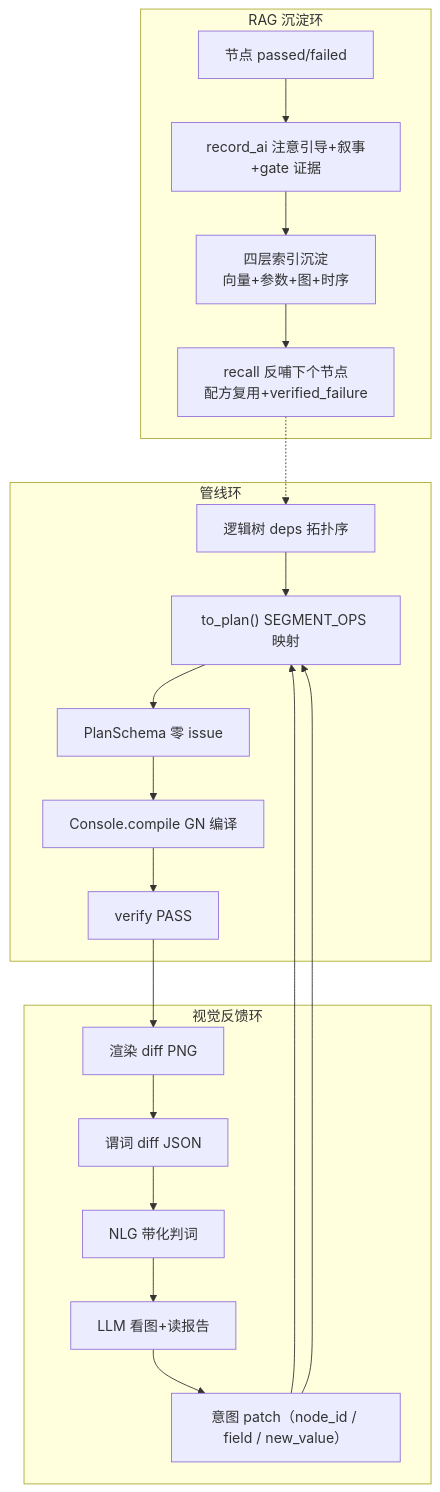
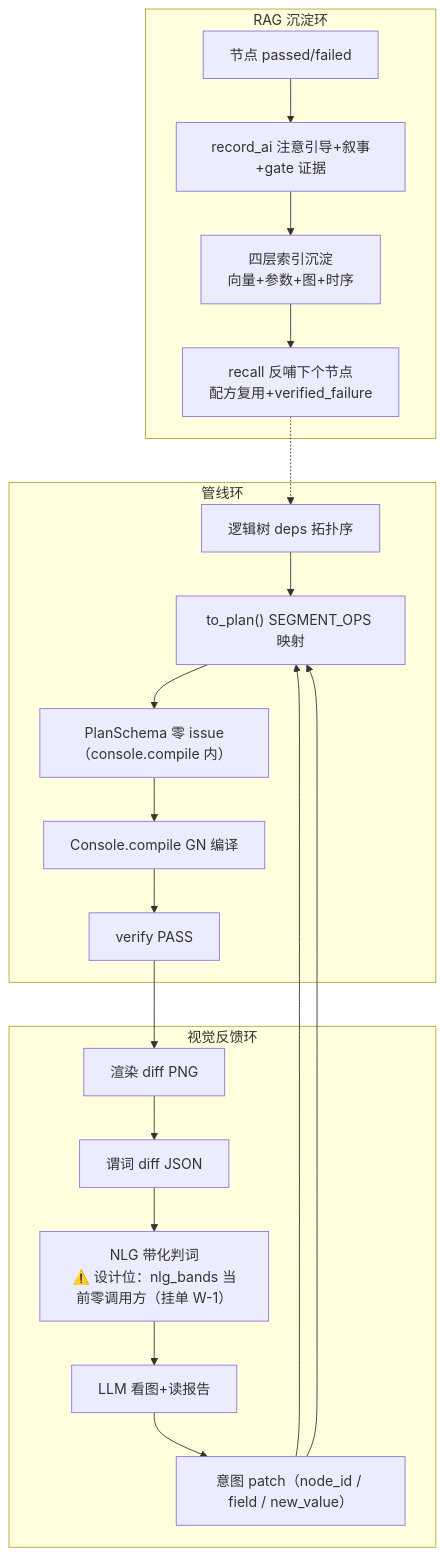
Before and after one commit to master666-max/blender-ai-console: the sixth of 7 diagrams in docs/architecture/architecture_diagrams.md, drawn with Mermaid. The commit also changed other lines of this file and 1 other file, not shown here.

First line of the commit message:
docs: 架构图集 v2——AST 数据锚重制，验收六条全裁决（含 v1→v2 修正记录）

````diff
--- a/docs/architecture/architecture_diagrams.md
+++ b/docs/architecture/architecture_diagrams.md
@@ -284,27 +327,27 @@
 ```mermaid
 graph TD
     subgraph PIPE["管线环"]
         A1["逻辑树 deps 拓扑序"] --> A2["to_plan() SEGMENT_OPS 映射"]
-        A2 --> A3["PlanSchema 零 issue"]
+        A2 --> A3["PlanSchema 零 issue（console.compile 内）"]
         A3 --> A4["Console.compile GN 编译"]
         A4 --> A5["verify PASS"]
     end
 
     subgraph VIS["视觉反馈环"]
         B1["渲染 diff PNG"] --> B2["谓词 diff JSON"]
-        B2 --> B3["NLG 带化判词"]
+        B2 --> B3["NLG 带化判词<br/>⚠️ 设计位：nlg_bands 当前零调用方（挂单 W-1）"]
         B3 --> B4["LLM 看图+读报告"]
         B4 --> B5["意图 patch（node_id / field / new_value）"]
         B5 --> A2
     end
 
     subgraph RAG["RAG 沉淀环"]
         C1["节点 passed/failed"] --> C2["record_ai 注意引导+叙事+gate 证据"]
         C2 --> C3["四层索引沉淀<br/>向量+参数+图+时序"]
         C3 --> C4["recall 反哺下个节点<br/>配方复用+verified_failure"]
         C4 -.-> A1
     end
 
     A5 --> B1
     B5 --> A2
 ```
````
